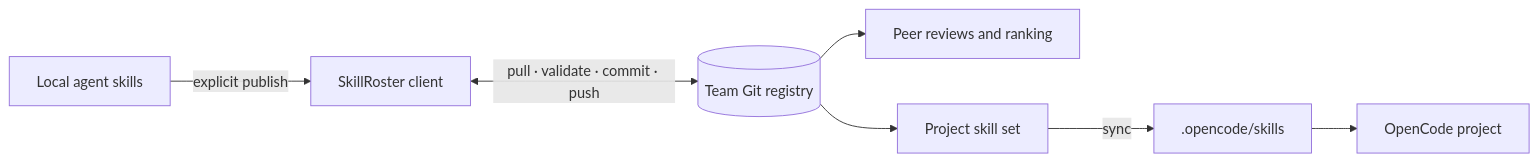
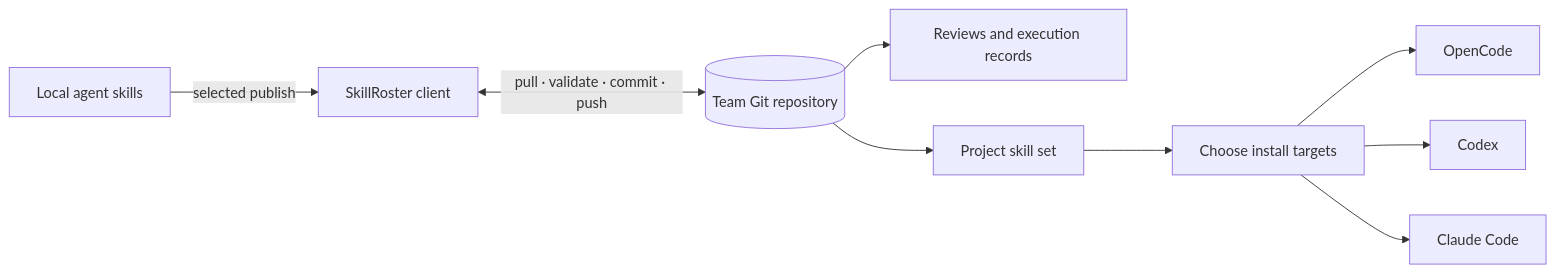
One commit to orqan137/skillroster changed the diagram in README.en.md. Above: the diagram before and after it, drawn with Mermaid. The commit also changed other lines of this file and 54 other files, not shown here.

First line of the commit message:
feat: add multi-agent targets and bilingual guides (#33)

````diff
--- a/README.en.md
+++ b/README.en.md
@@ -66,9 +124,11 @@
 ```mermaid
 flowchart LR
-  A[Local agent skills] -->|explicit publish| B[SkillRoster client]
-  B <-->|pull · validate · commit · push| C[(Team Git registry)]
-  C --> D[Peer reviews and ranking]
+  A[Local agent skills] -->|selected publish| B[SkillRoster client]
+  B <-->|pull · validate · commit · push| C[(Team Git repository)]
+  C --> D[Reviews and execution records]
   C --> E[Project skill set]
-  E -->|sync| F[.opencode/skills]
-  F --> G[OpenCode project]
+  E --> F[Choose install targets]
+  F --> G[OpenCode]
+  F --> H[Codex]
+  F --> I[Claude Code]
 ```
````
